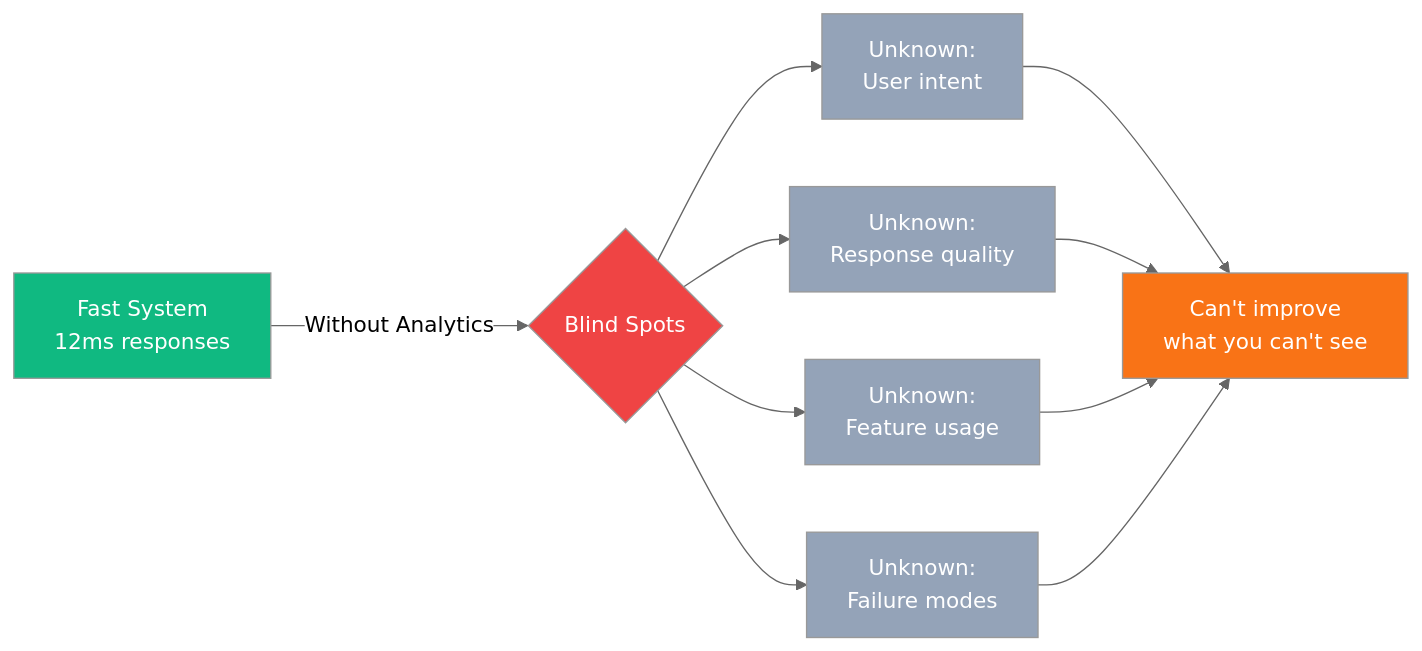
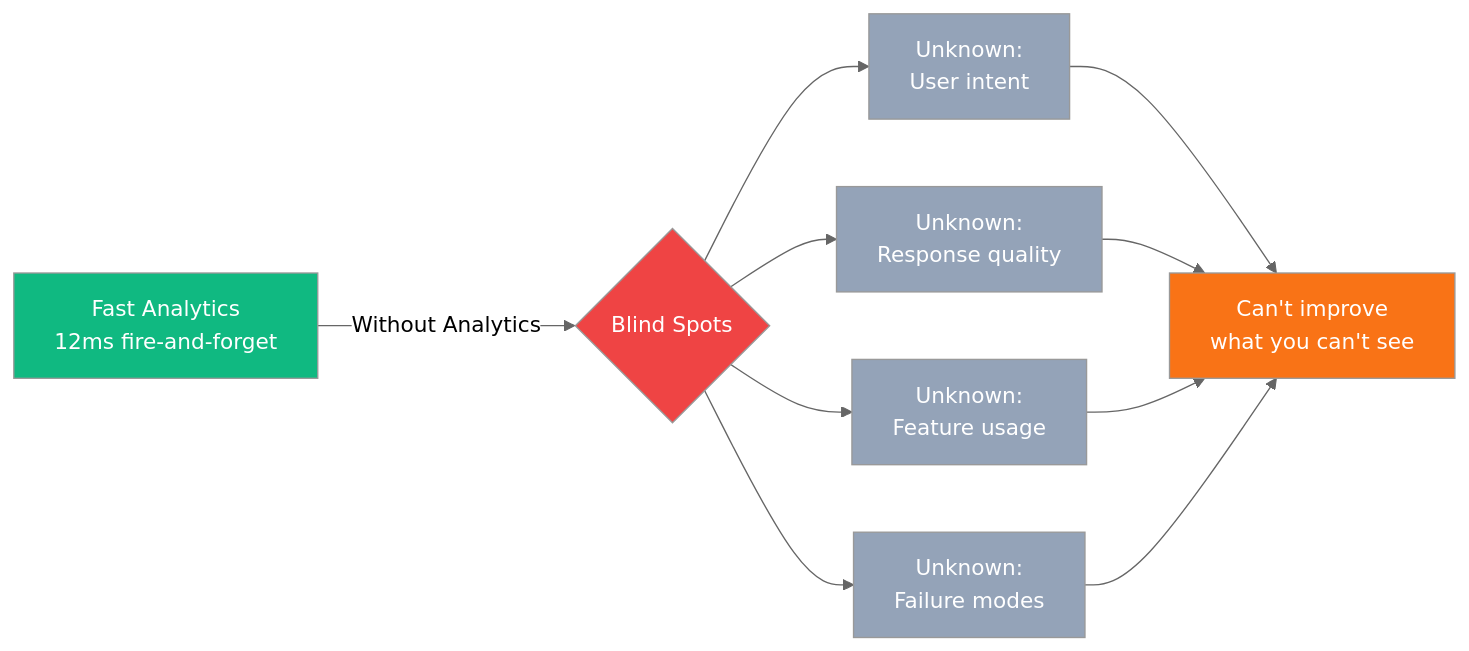
One commit to josejalvarezm/cv-ai-agent changed the first of 2 diagrams in aws-blog-posts/Evolution-Series/00-why-analytics-visibility-problem.md. Above: the diagram before and after it, drawn with Mermaid (neutral theme). The commit also changed other lines of this file and 81 other files, not shown here.

````diff
--- a/aws-blog-posts/Evolution-Series/00-why-analytics-visibility-problem.md
+++ b/aws-blog-posts/Evolution-Series/00-why-analytics-visibility-problem.md
@@ -33,22 +33,22 @@
 ```mermaid
 graph LR
-    A[Fast System<br/>12ms responses] -->|Without Analytics| B{Blind Spots}
+    A[Fast Analytics<br/>12ms fire-and-forget] -->|Without Analytics| B{Blind Spots}
     
     B --> C[Unknown:<br/>User intent]
     B --> D[Unknown:<br/>Response quality]
     B --> E[Unknown:<br/>Feature usage]
     B --> F[Unknown:<br/>Failure modes]
     
     C --> G[Can't improve<br/>what you can't see]
     D --> G
     E --> G
     F --> G
     
     style A fill:#10b981,color:#fff
     style B fill:#ef4444,color:#fff
     style C fill:#94a3b8,color:#fff
     style D fill:#94a3b8,color:#fff
     style E fill:#94a3b8,color:#fff
     style F fill:#94a3b8,color:#fff
     style G fill:#f97316,color:#fff
 ```
````
